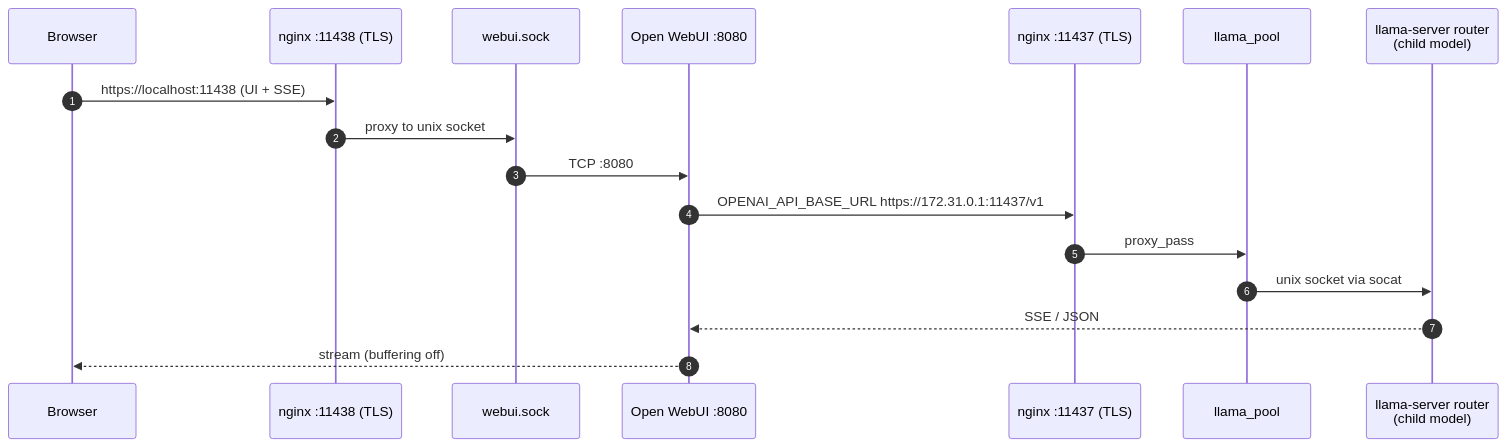
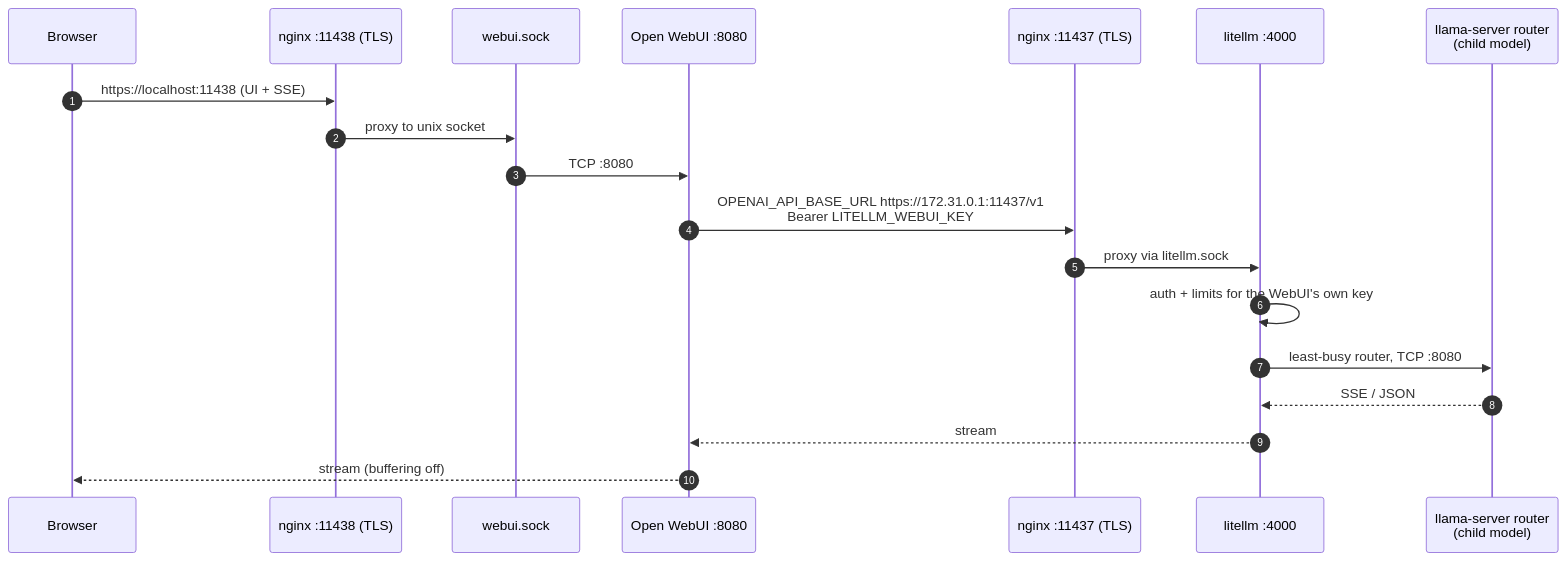
The diagram in docs/diagrams/webui-flow.mmd (SpotDraft/llamacpp-serve), drawn with Mermaid before and after one commit. The commit also changed 18 other files, not shown here.

First line of the commit message:
Add LiteLLM gateway for auth, rate limits and observability

```diff
--- a/docs/diagrams/webui-flow.mmd
+++ b/docs/diagrams/webui-flow.mmd
@@ -1,18 +1,20 @@
 sequenceDiagram
     autonumber
     participant B as Browser
     participant N2 as nginx :11438 (TLS)
     participant WS as webui.sock
     participant W as Open WebUI :8080
     participant N1 as nginx :11437 (TLS)
-    participant UP as llama_pool
+    participant LL as litellm :4000
     participant L as llama-server router<br/>(child model)
 
     B->>N2: https://localhost:11438 (UI + SSE)
     N2->>WS: proxy to unix socket
     WS->>W: TCP :8080
-    W->>N1: OPENAI_API_BASE_URL https://172.31.0.1:11437/v1
-    N1->>UP: proxy_pass
-    UP->>L: unix socket via socat
-    L-->>W: SSE / JSON
+    W->>N1: OPENAI_API_BASE_URL https://172.31.0.1:11437/v1<br/>Bearer LITELLM_WEBUI_KEY
+    N1->>LL: proxy via litellm.sock
+    LL->>LL: auth + limits for the WebUI's own key
+    LL->>L: least-busy router, TCP :8080
+    L-->>LL: SSE / JSON
+    LL-->>W: stream
     W-->>B: stream (buffering off)
```
